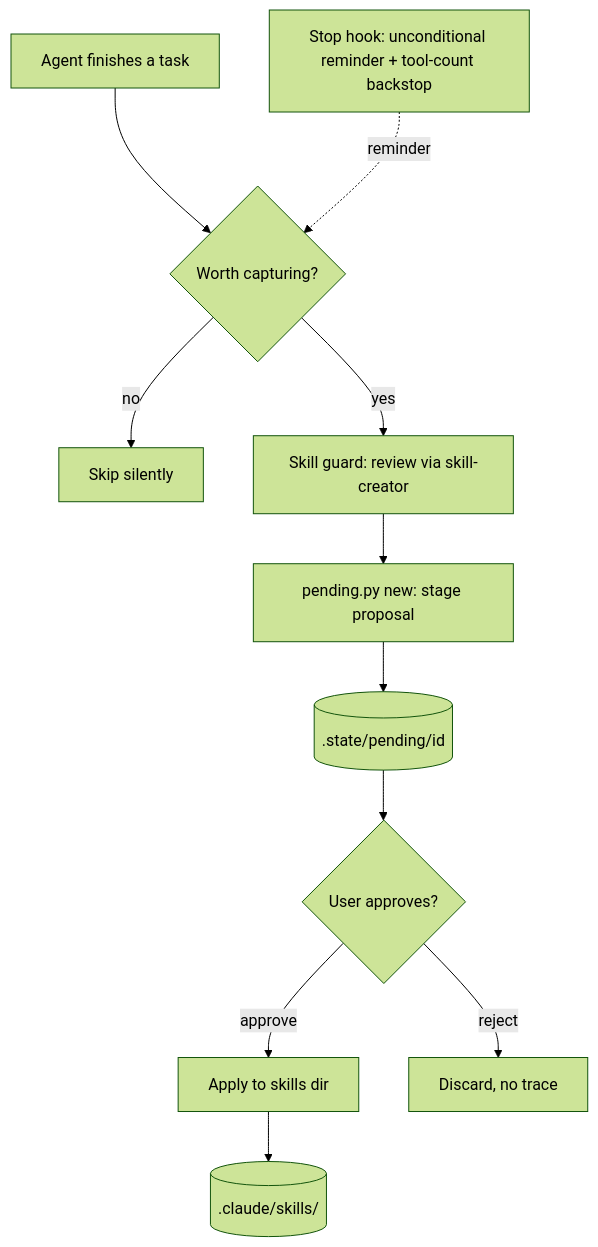
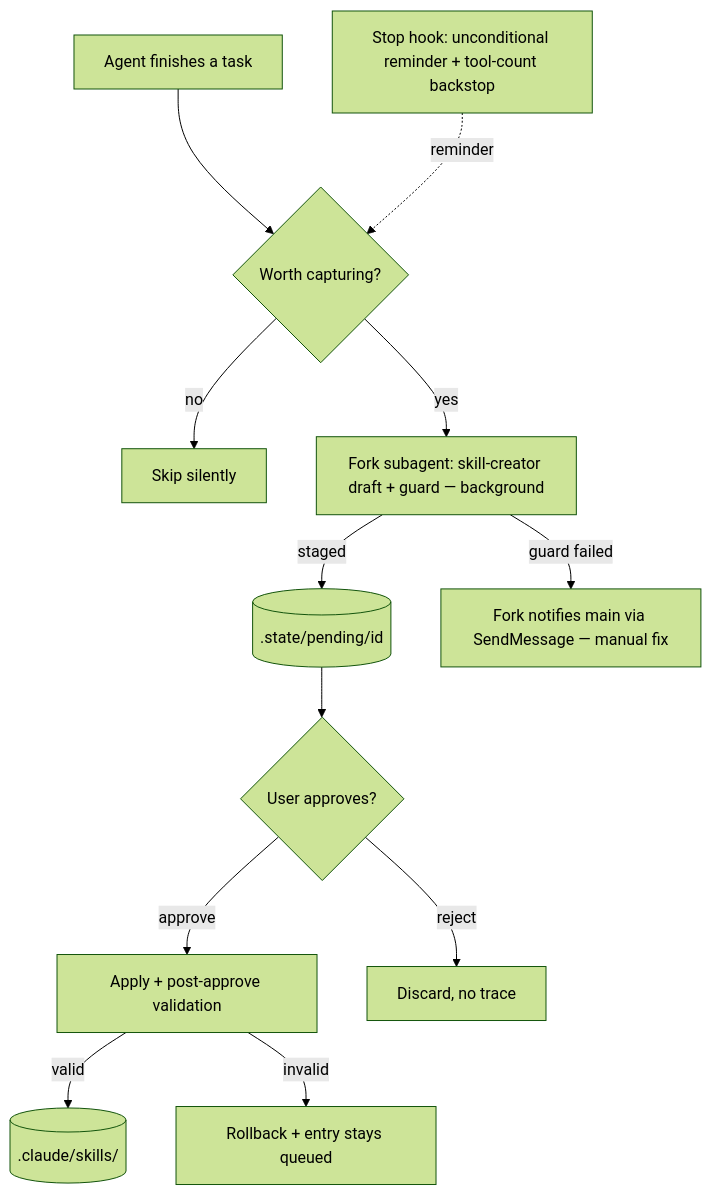
One commit to wagner-sousa/autodidact changed the diagram in README.md. Above: the diagram before and after it, drawn with Mermaid (forest theme). The commit also changed 3 other files, not shown here.

First line of the commit message:
Add post-approve rollback guard and background-fork drafting

````diff
--- a/README.md
+++ b/README.md
@@ -209,13 +209,14 @@
 ```mermaid
 graph TB
     Task[Agent finishes a task] --> Judge{Worth capturing?}
     Hook[Stop hook: unconditional reminder + tool-count backstop] -.reminder.-> Judge
     Judge -- no --> Skip[Skip silently]
-    Judge -- yes --> Guard[Skill guard: review via skill-creator]
-    Guard --> Stage[pending.py new: stage proposal]
-    Stage --> Queue[(.state/pending/id)]
+    Judge -- yes --> Fork[Fork subagent: skill-creator draft + guard — background]
+    Fork -- staged --> Queue[(.state/pending/id)]
+    Fork -- guard failed --> Fix[Fork notifies main via SendMessage — manual fix]
     Queue --> Review{User approves?}
-    Review -- approve <id> --> Apply[Apply to skills dir]
-    Review -- reject <id> --> Discard[Discard, no trace]
-    Apply --> Skills[(.claude/skills/)]
+    Review -- approve --> Apply[Apply + post-approve validation]
+    Apply -- valid --> Skills[(.claude/skills/)]
+    Apply -- invalid --> Rollback[Rollback + entry stays queued]
+    Review -- reject --> Discard[Discard, no trace]
 ```
````
